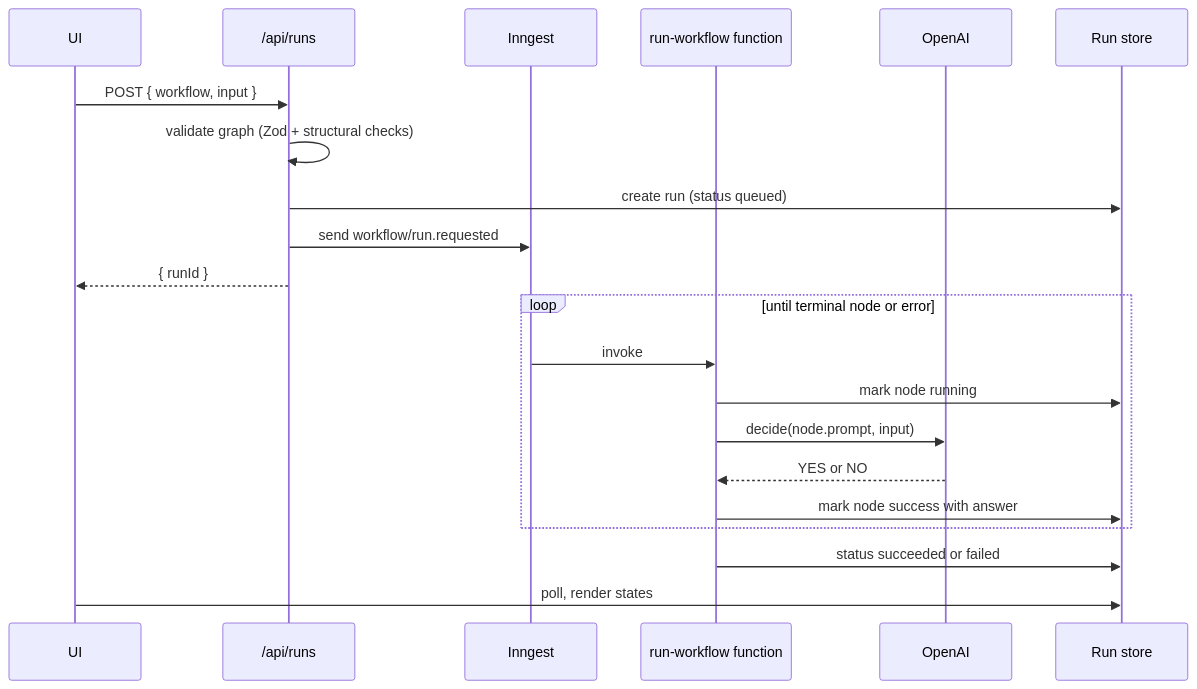
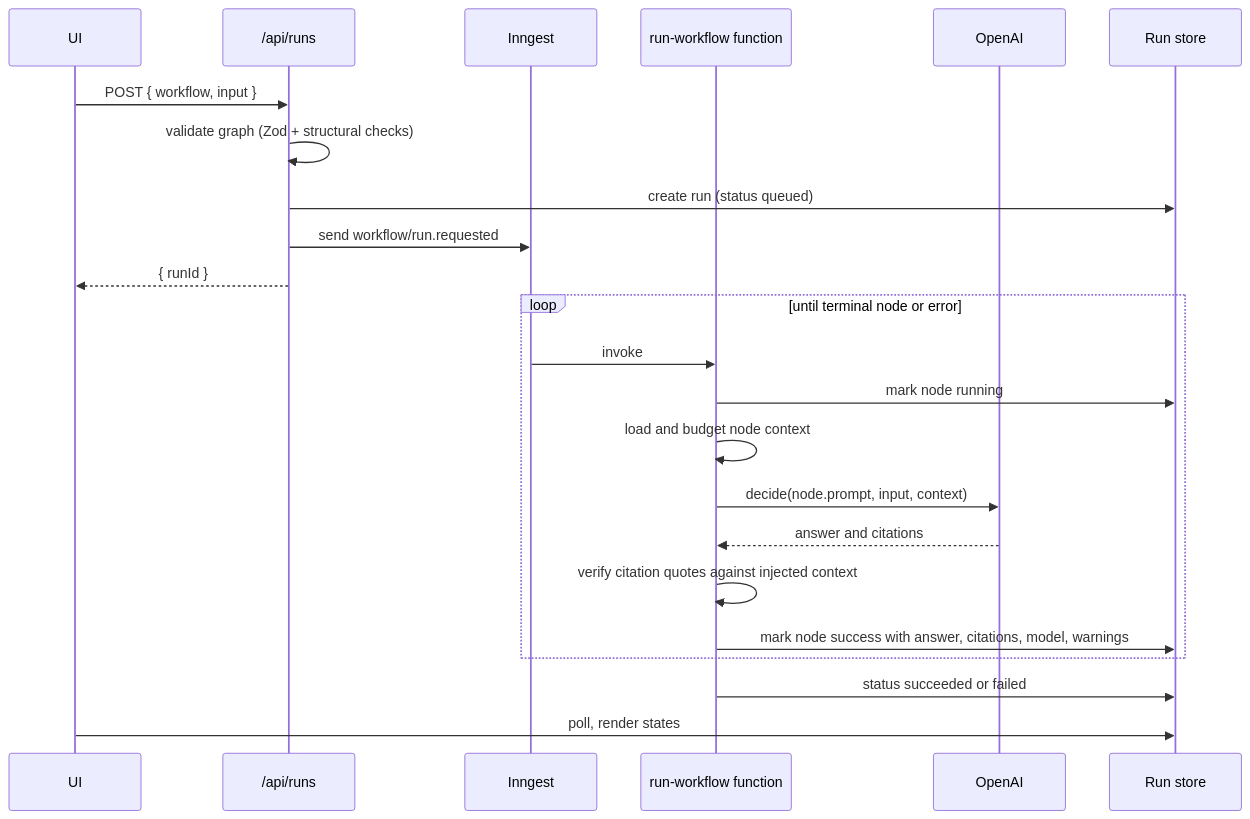
The second of 2 diagrams in docs/architecture.md (Red1-Rahman/YesNo-Flow), drawn with Mermaid before and after one commit. The commit also changed other lines of this file and 56 other files, not shown here.

````diff
--- a/docs/architecture.md
+++ b/docs/architecture.md
@@ -40,24 +40,26 @@
 ```mermaid
 sequenceDiagram
   participant UI
   participant API as /api/runs
   participant IN as Inngest
   participant FN as run-workflow function
   participant LLM as OpenAI
   participant RS as Run store
 
   UI->>API: POST { workflow, input }
   API->>API: validate graph (Zod + structural checks)
   API->>RS: create run (status queued)
   API->>IN: send workflow/run.requested
   API-->>UI: { runId }
   loop until terminal node or error
     IN->>FN: invoke
     FN->>RS: mark node running
-    FN->>LLM: decide(node.prompt, input)
-    LLM-->>FN: YES or NO
-    FN->>RS: mark node success with answer
+    FN->>FN: load and budget node context
+    FN->>LLM: decide(node.prompt, input, context)
+    LLM-->>FN: answer and citations
+    FN->>FN: verify citation quotes against injected context
+    FN->>RS: mark node success with answer, citations, model, warnings
   end
   FN->>RS: status succeeded or failed
   UI->>RS: poll, render states
 ```
````
